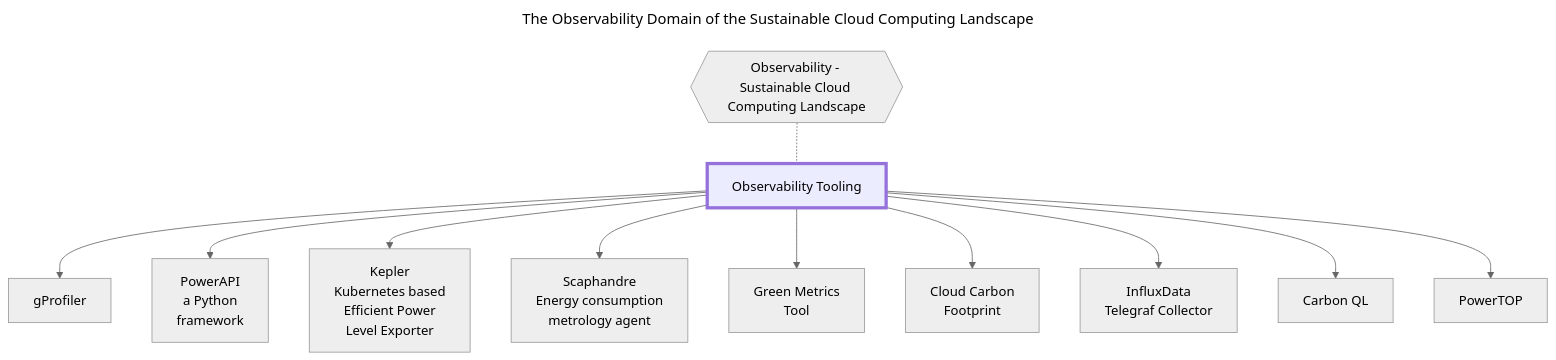
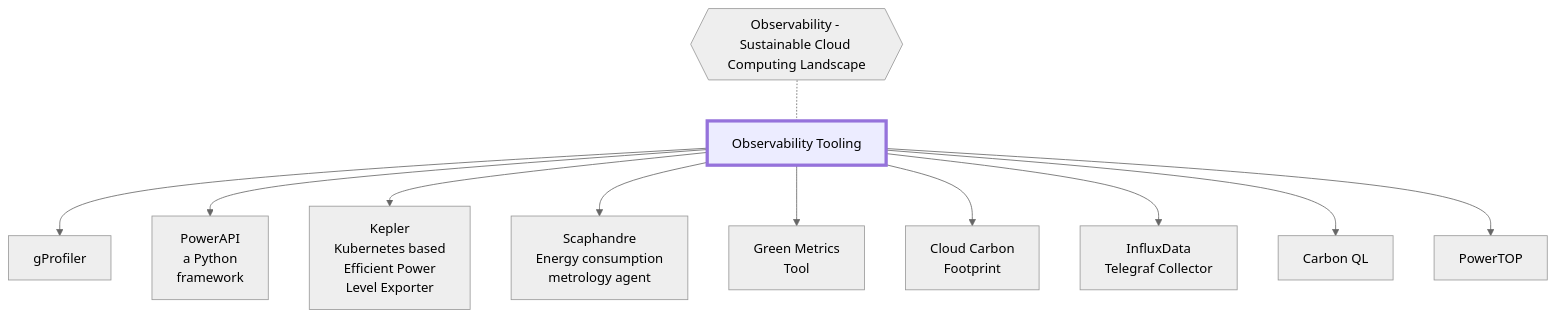
The second of 3 diagrams in website/content/about/SustainabilityUseCasesAndLandscape2023.md (cncf/tag-env-sustainability), drawn with Mermaid before and after one commit. The commit also changed other lines of this file and 1 other file, not shown here.

Commit message:
Remove titles from graphs since they are not supported by mermaid 8.8.1

````diff
--- a/website/content/about/SustainabilityUseCasesAndLandscape2023.md
+++ b/website/content/about/SustainabilityUseCasesAndLandscape2023.md
@@ -260,32 +257,29 @@
 ```mermaid
----
-title: The Observability Domain of the Sustainable Cloud Computing Landscape
----
 %%{init: {'theme':'neutral'}}%%
 flowchart TB
     root{{Observability - Sustainable Cloud Computing Landscape}} -.- obs[Observability Tooling]
 
     %% OBSERVABILITY
     obs --> g_profiler[gProfiler]
     obs --> power_api[PowerAPI\n a Python\n framework]
     obs --> kepler[Kepler\n Kubernetes based\n Efficient Power\n Level Exporter]
     obs --> scaphandre[Scaphandre\n Energy consumption\n metrology agent]
     obs --> green_metrics_tool[Green Metrics\n Tool]
     obs --> cloud_carbon_footprint[Cloud Carbon\n Footprint]
     obs --> influx_telegraf[InfluxData\n Telegraf Collector]
     obs --> carbon_ql[Carbon QL]
     obs --> powertop[PowerTOP]
 
     click g_profiler "https//docs.gprofiler.io/" "Source"
     click power_api "https://github.com/powerapi-ng/" "Source"
     click kepler "https://github.com/sustainable-computing-io/kepler" "Source"
     click scaphandre "https://github.com/hubblo-org/scaphandre" "Source"
     click green_metrics_tool "https://docs.green-coding.berlin/" "Source"
     click cloud_carbon_footprint "https://www.cloudcarbonfootprint.org/docs/" "Source"
     click influx_telegraf "https://github.com/influxdata/telegraf" "Source"
     click carbon_ql "https://github.com/Green-Software-Foundation/carbon-ql" "Source"
     click powertop "https://github.com/fenrus75/powertop" "Source"
 
     classDef sections fill:#ececff,stroke:#9572db,stroke-width:4px
     class obs sections;
 ```
````
